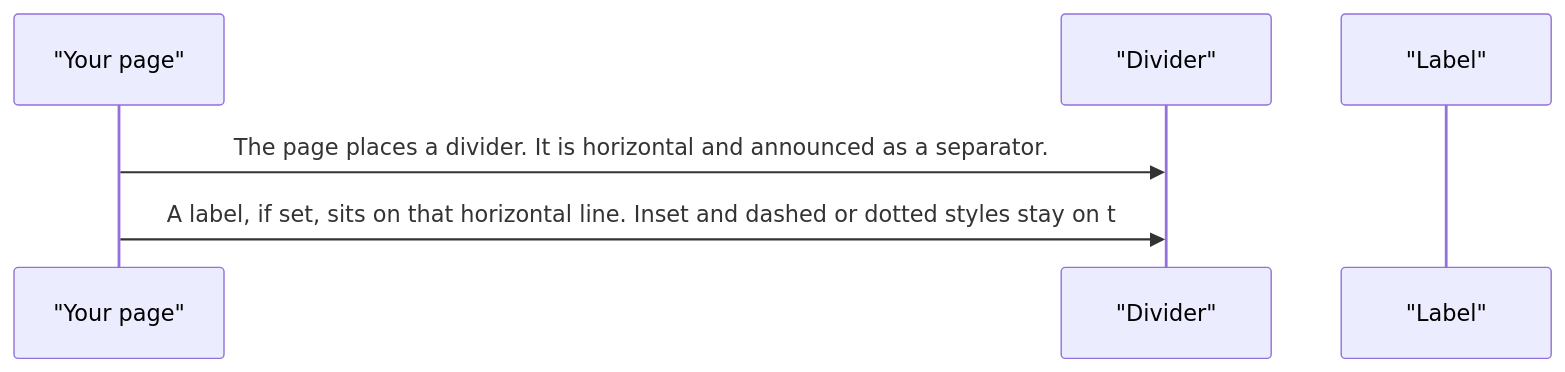
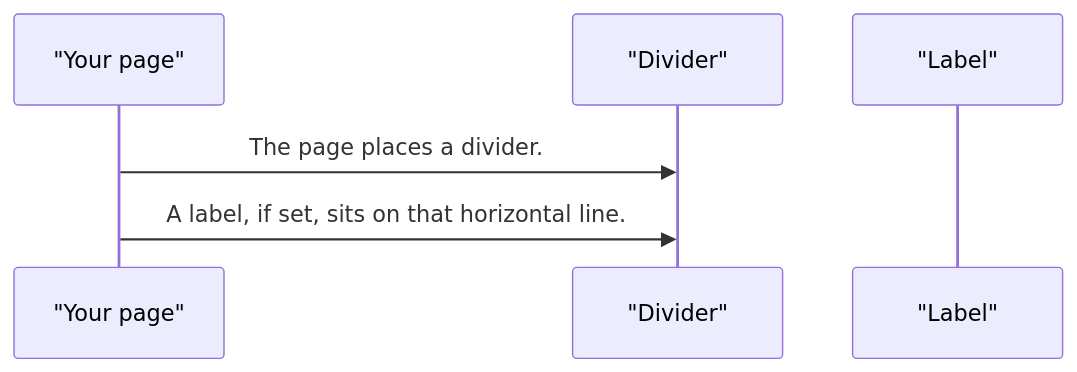
Before and after one commit to RajshekharBorate/pixel-ui: the second of 4 diagrams in projects/pixel-ui/src/lib/pixel-divider/DESIGN.md, drawn with Mermaid. The commit also changed other lines of this file and 80 other files, not shown here.

Commit message:
Fill missing design flows and correct the stories that did not match component behavior.

````diff
--- a/projects/pixel-ui/src/lib/pixel-divider/DESIGN.md
+++ b/projects/pixel-ui/src/lib/pixel-divider/DESIGN.md
@@ -50,8 +50,8 @@
 ```mermaid
 sequenceDiagram
   participant page as "Your page"
   participant line as "Divider"
   participant label as "Label"
-  page->>line: The page places a divider. It is horizontal and announced as a separator.
-  page->>line: A label, if set, sits on that horizontal line. Inset and dashed or dotted styles stay on t
+  page->>line: The page places a divider.
+  page->>line: A label, if set, sits on that horizontal line.
 ```
````
